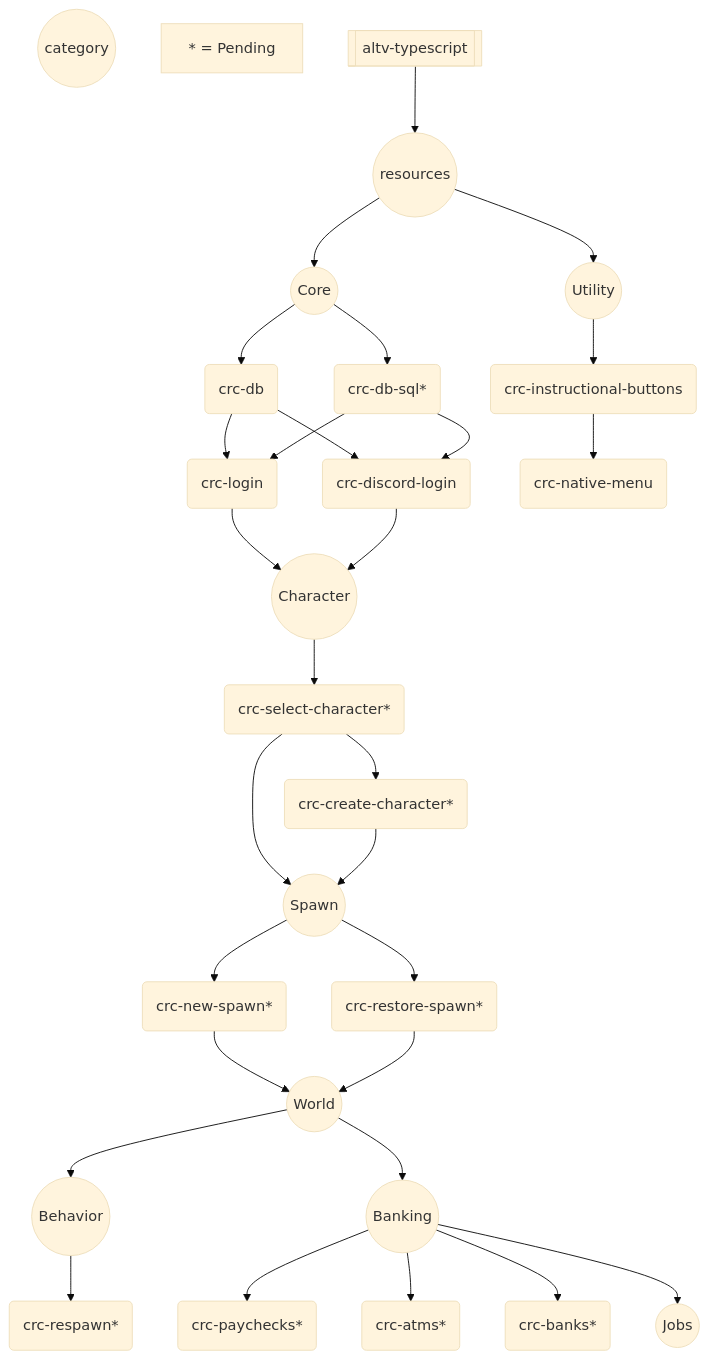
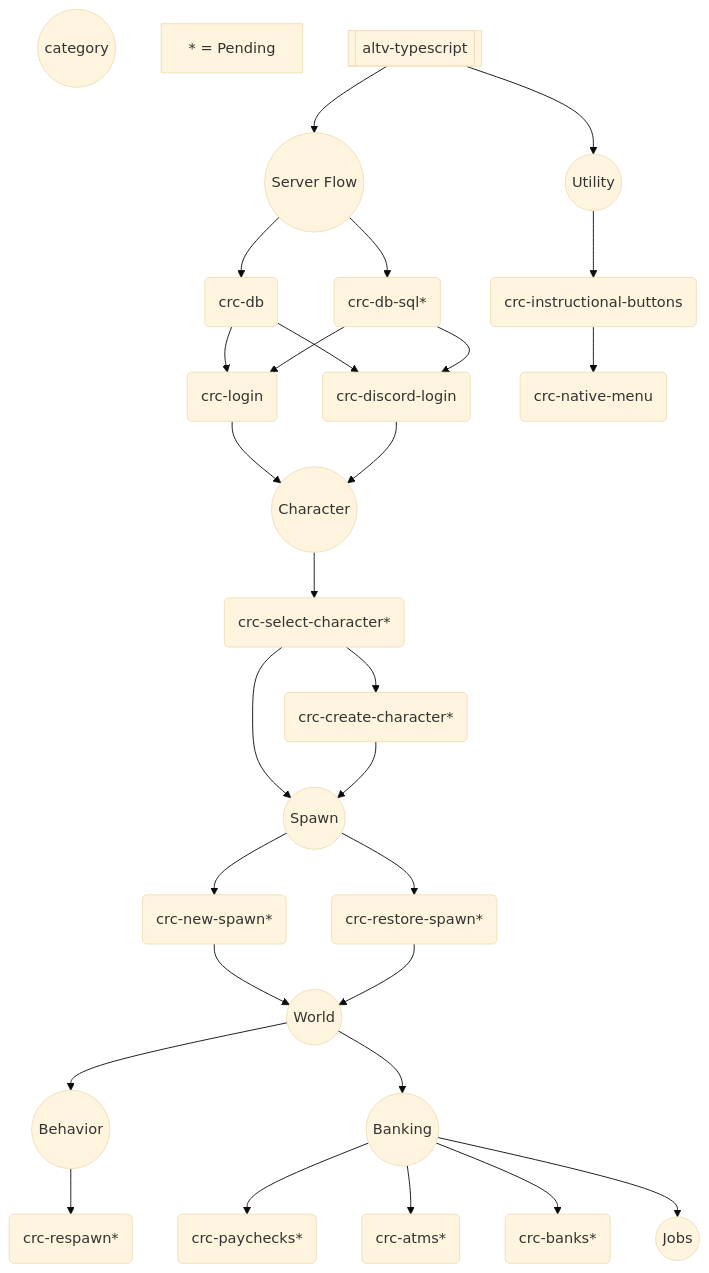
Before and after one commit to altv-crc/.github: the diagram in profile/README.md, drawn with Mermaid (base theme).

````diff
--- a/profile/README.md
+++ b/profile/README.md
@@ -24,73 +24,70 @@
 ```mermaid
 graph TD
     category((category))
     not_created[* = Pending]
 
     %% Initial Category
     altv_typescript[[altv-typescript]]
-    altv_typescript --> cat_resources
+    altv_typescript --> cat_core
+    altv_typescript --> cat_utility
 
-    cat_resources((resources))
-    cat_resources --> cat_core
-    cat_resources --> cat_utility
    
 
     %% Core
-    cat_core((Core))
+    cat_core((Server Flow))
     cat_core --> crc_db
     cat_core --> crc_db_sql
 
     %% Database
     crc_db(crc-db)
     crc_db --> crc_login
     crc_db --> crc_discord_login
     crc_db_sql(crc-db-sql*)
     crc_db_sql --> crc_login
     crc_db_sql --> crc_discord_login
    
 
     %% Authentication
     crc_login(crc-login)
     crc_discord_login(crc-discord-login)
     crc_login --> cat_character
     crc_discord_login --> cat_character
 
     %% Character
     cat_character((Character))
     cat_character --> crc_char_select(crc-select-character*)
     crc_char_select --> crc_char_create(crc-create-character*)
     crc_char_select --> cat_spawn
     crc_char_create --> cat_spawn
 
     %% Spawn
     cat_spawn((Spawn))
     cat_spawn --> crc_new_spawn(crc-new-spawn*)
     cat_spawn --> crc_restore_spawn(crc-restore-spawn*)
     crc_new_spawn --> cat_world
     crc_restore_spawn --> cat_world
 
     %% World
     cat_world((World))
     cat_world --> cat_behavior
     cat_world --> cat_banking
    
     %% Behavior
     cat_behavior((Behavior))
     cat_behavior --> crc_respawn(crc-respawn*)
 
     %% Banking
     cat_banking((Banking))
     cat_banking --> crc_paychecks(crc-paychecks*)
     cat_banking --> crc_atm(crc-atms*)
     cat_banking --> crc_banks(crc-banks*)
     cat_banking --> cat_jobs
 
     %% Jobs
     cat_jobs((Jobs))
 
-
     %% Utility
     cat_utility((Utility))
     cat_utility --> crc_instructional_buttons(crc-instructional-buttons)
     crc_instructional_buttons --> crc_native_menu(crc-native-menu)
 ```
````
